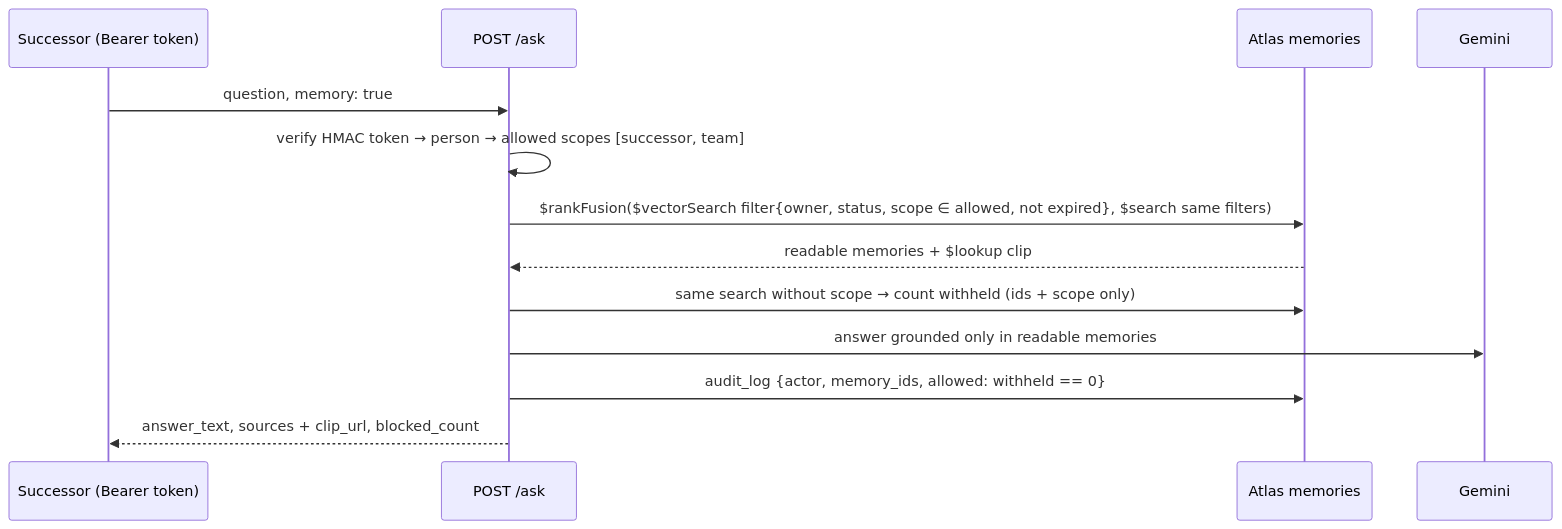
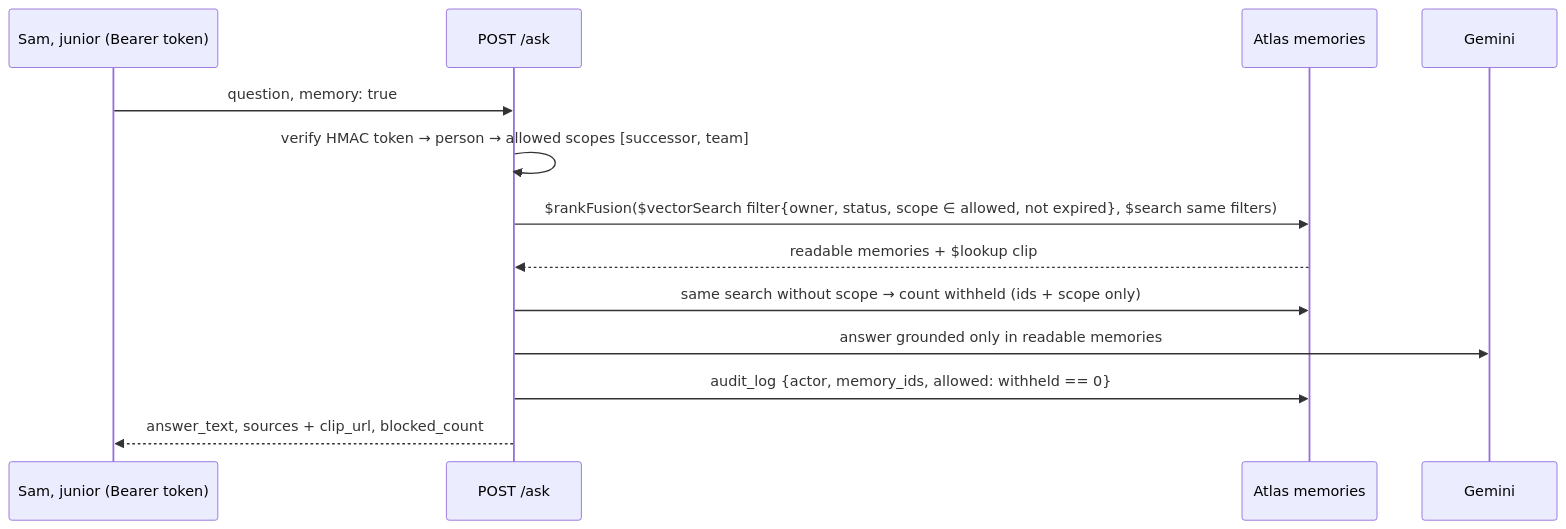
One commit to ayuubhagi/handover changed the third of 4 diagrams in backend/ARCHITECTURE.md. Above: the diagram before and after it, drawn with Mermaid. The commit also changed other lines of this file and 6 other files, not shown here.

Commit message:
Rename roles to Senior, Junior and Intern (Dana, Sam, Jordan); intern on Dana's team reads team memories only

````diff
--- a/backend/ARCHITECTURE.md
+++ b/backend/ARCHITECTURE.md
@@ -83,15 +83,15 @@
 ```mermaid
 sequenceDiagram
-    participant Sam as Successor (Bearer token)
+    participant Sam as Sam, junior (Bearer token)
     participant API as POST /ask
     participant Atlas as Atlas memories
     participant Gem as Gemini
     Sam->>API: question, memory: true
     API->>API: verify HMAC token → person → allowed scopes [successor, team]
     API->>Atlas: $rankFusion($vectorSearch filter{owner, status, scope ∈ allowed, not expired}, $search same filters)
     Atlas-->>API: readable memories + $lookup clip
     API->>Atlas: same search without scope → count withheld (ids + scope only)
     API->>Gem: answer grounded only in readable memories
     API->>Atlas: audit_log {actor, memory_ids, allowed: withheld == 0}
     API-->>Sam: answer_text, sources + clip_url, blocked_count
 ```
````
